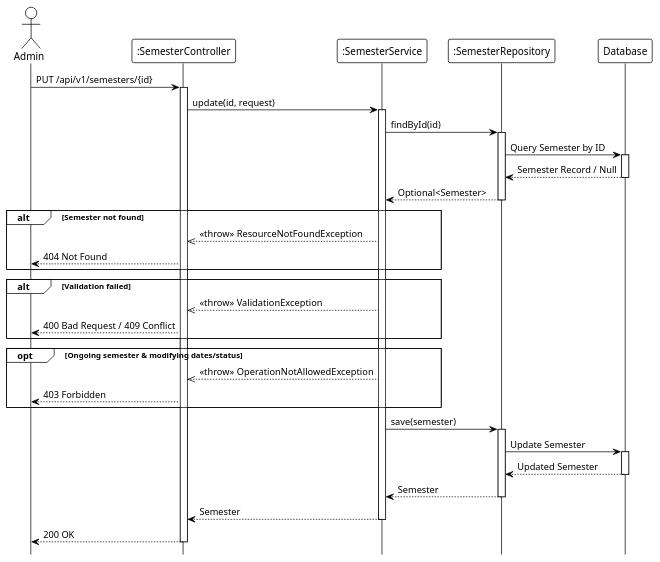
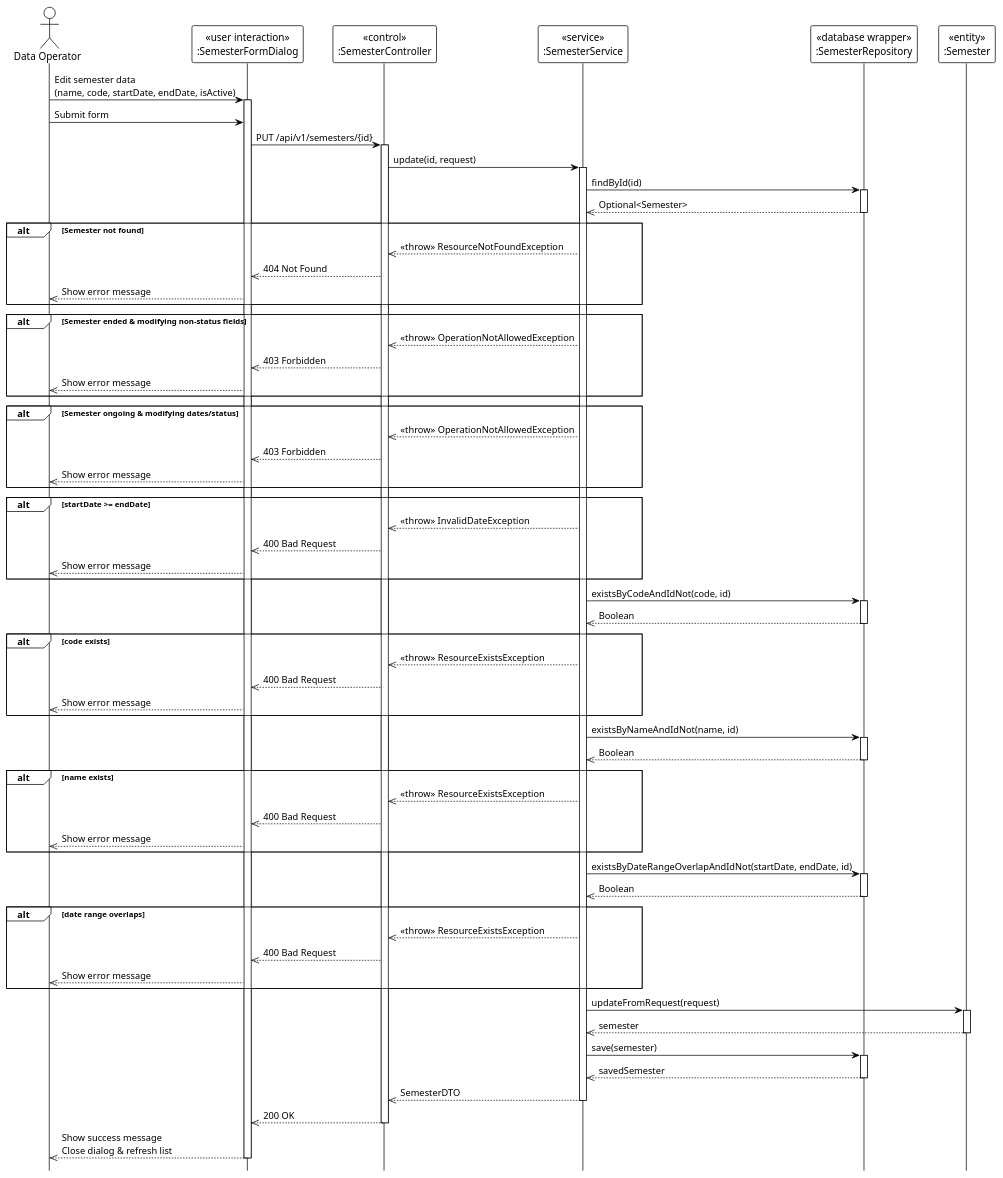
Before and after one commit to Ndh474/context: the diagram in system_detailed_design/07_update_semester/sequence_diagram_update_semester.puml, drawn with PlantUML. The commit also changed 6 other files, not shown here.

Commit message:
docs(system_detailed_design): update semester sequence diagrams with UML stereotypes

```diff
--- a/system_detailed_design/07_update_semester/sequence_diagram_update_semester.puml
+++ b/system_detailed_design/07_update_semester/sequence_diagram_update_semester.puml
@@ -1,67 +1,110 @@
 @startuml update_semester
 !theme plain
 hide footbox
 
-actor Admin
-participant ":SemesterController" as Controller
-participant ":SemesterService" as Service
-participant ":SemesterRepository" as Repository
-participant "Database" as DB
+actor "Data Operator" as DataOperator
 
-' --- MAIN FLOW ---
-Admin -> Controller: PUT /api/v1/semesters/{id}
+participant "«user interaction»\n:SemesterFormDialog" as UI
+participant "«control»\n:SemesterController" as Controller
+participant "«service»\n:SemesterService" as Service
+participant "«database wrapper»\n:SemesterRepository" as Repository
+participant "«entity»\n:Semester" as Entity
+
+' === MAIN FLOW ===
+DataOperator -> UI: Edit semester data\n(name, code, startDate, endDate, isActive)
+activate UI
+
+DataOperator -> UI: Submit form
+UI -> Controller: PUT /api/v1/semesters/{id}
 activate Controller
 
 Controller -> Service: update(id, request)
 activate Service
 
-' --- FIND EXISTING ---
+' === FIND EXISTING ===
 Service -> Repository: findById(id)
 activate Repository
-
-Repository -> DB: Query Semester by ID
-activate DB
-DB --> Repository: Semester Record / Null
-deactivate DB
-
-Repository --> Service: Optional<Semester>
+Repository -->> Service: Optional<Semester>
 deactivate Repository
 
 alt Semester not found
     Service -->> Controller: <<throw>> ResourceNotFoundException
-    Controller --> Admin: 404 Not Found
+    Controller -->> UI: 404 Not Found
+    UI -->> DataOperator: Show error message
 end
 
-' --- VALIDATION LOGIC ---
-' Validation logic (internal)
-
-alt Validation failed
-    Service -->> Controller: <<throw>> ValidationException
-    Controller --> Admin: 400 Bad Request / 409 Conflict
+' === BUSINESS RULES ===
+alt Semester ended & modifying non-status fields
+    Service -->> Controller: <<throw>> OperationNotAllowedException
+    Controller -->> UI: 403 Forbidden
+    UI -->> DataOperator: Show error message
 end
 
-' --- ONGOING CHECK ---
-opt Ongoing semester & modifying dates/status
+alt Semester ongoing & modifying dates/status
     Service -->> Controller: <<throw>> OperationNotAllowedException
-    Controller --> Admin: 403 Forbidden
+    Controller -->> UI: 403 Forbidden
+    UI -->> DataOperator: Show error message
 end
 
-' --- UPDATE ---
+' === VALIDATION ===
+alt startDate >= endDate
+    Service -->> Controller: <<throw>> InvalidDateException
+    Controller -->> UI: 400 Bad Request
+    UI -->> DataOperator: Show error message
+end
+
+Service -> Repository: existsByCodeAndIdNot(code, id)
+activate Repository
+Repository -->> Service: Boolean
+deactivate Repository
+
+alt code exists
+    Service -->> Controller: <<throw>> ResourceExistsException
+    Controller -->> UI: 400 Bad Request
+    UI -->> DataOperator: Show error message
+end
+
+Service -> Repository: existsByNameAndIdNot(name, id)
+activate Repository
+Repository -->> Service: Boolean
+deactivate Repository
+
+alt name exists
+    Service -->> Controller: <<throw>> ResourceExistsException
+    Controller -->> UI: 400 Bad Request
+    UI -->> DataOperator: Show error message
+end
+
+Service -> Repository: existsByDateRangeOverlapAndIdNot(startDate, endDate, id)
+activate Repository
+Repository -->> Service: Boolean
+deactivate Repository
+
+alt date range overlaps
+    Service -->> Controller: <<throw>> ResourceExistsException
+    Controller -->> UI: 400 Bad Request
+    UI -->> DataOperator: Show error message
+end
+
+' === UPDATE ENTITY ===
+Service -> Entity: updateFromRequest(request)
+activate Entity
+Entity -->> Service: semester
+deactivate Entity
+
+' === SAVE ===
 Service -> Repository: save(semester)
 activate Repository
-
-Repository -> DB: Update Semester
-activate DB
-DB --> Repository: Updated Semester
-deactivate DB
-
-Repository --> Service: Semester
+Repository -->> Service: savedSemester
 deactivate Repository
 
-Service --> Controller: Semester
+Service -->> Controller: SemesterDTO
 deactivate Service
 
-Controller --> Admin: 200 OK
+Controller -->> UI: 200 OK
 deactivate Controller
 
+UI -->> DataOperator: Show success message\nClose dialog & refresh list
+deactivate UI
+
 @enduml
```
